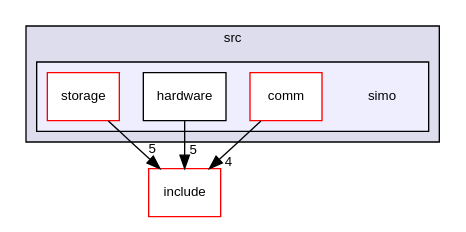
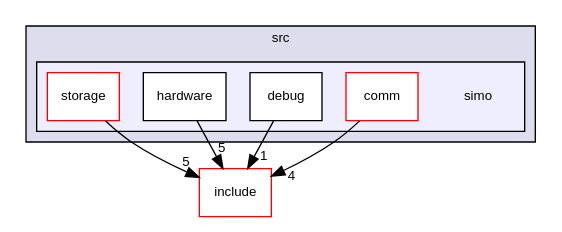
Before and after one commit to Germanvelardez2018/simo.v2: the diagram in docs/dir_c4acac0979fb7e09bcb67a660e699ac3_dep.dot, drawn with Graphviz. The commit also changed 149 other files, not shown here.

```diff
--- a/docs/dir_c4acac0979fb7e09bcb67a660e699ac3_dep.dot
+++ b/docs/dir_c4acac0979fb7e09bcb67a660e699ac3_dep.dot
@@ -1,19 +1,21 @@
 digraph "core/src/simo" {
   compound=true
   node [ fontsize="10", fontname="Helvetica"];
   edge [ labelfontsize="10", labelfontname="Helvetica"];
   subgraph clusterdir_90fd98a0ba30abf7a6068a44995d2d6b {
     graph [ bgcolor="#ddddee", pencolor="black", label="src" fontname="Helvetica", fontsize="10", URL="dir_90fd98a0ba30abf7a6068a44995d2d6b.html"]
   subgraph clusterdir_c4acac0979fb7e09bcb67a660e699ac3 {
     graph [ bgcolor="#eeeeff", pencolor="black", label="" URL="dir_c4acac0979fb7e09bcb67a660e699ac3.html"];
     dir_c4acac0979fb7e09bcb67a660e699ac3 [shape=plaintext label="simo"];
     dir_6fa789263611014976c50996af3517c5 [shape=box label="comm" color="red" fillcolor="white" style="filled" URL="dir_6fa789263611014976c50996af3517c5.html"];
+    dir_1214f108a158601785dad9b171a6a316 [shape=box label="debug" color="black" fillcolor="white" style="filled" URL="dir_1214f108a158601785dad9b171a6a316.html"];
     dir_6d88a1801a5915da0665f21e766a543a [shape=box label="hardware" color="black" fillcolor="white" style="filled" URL="dir_6d88a1801a5915da0665f21e766a543a.html"];
     dir_2c8bc93ff3a5e0101bc097bb9a4d49bf [shape=box label="storage" color="red" fillcolor="white" style="filled" URL="dir_2c8bc93ff3a5e0101bc097bb9a4d49bf.html"];
   }
   }
   dir_24d671cfcbc5d5238a6bd565a49d198f [shape=box label="include" fillcolor="white" style="filled" color="red" URL="dir_24d671cfcbc5d5238a6bd565a49d198f.html"];
-  dir_6fa789263611014976c50996af3517c5->dir_24d671cfcbc5d5238a6bd565a49d198f [headlabel="4", labeldistance=1.5 headhref="dir_000010_000001.html"];
-  dir_2c8bc93ff3a5e0101bc097bb9a4d49bf->dir_24d671cfcbc5d5238a6bd565a49d198f [headlabel="5", labeldistance=1.5 headhref="dir_000013_000001.html"];
-  dir_6d88a1801a5915da0665f21e766a543a->dir_24d671cfcbc5d5238a6bd565a49d198f [headlabel="5", labeldistance=1.5 headhref="dir_000012_000001.html"];
+  dir_1214f108a158601785dad9b171a6a316->dir_24d671cfcbc5d5238a6bd565a49d198f [headlabel="1", labeldistance=1.5 headhref="dir_000013_000001.html"];
+  dir_6fa789263611014976c50996af3517c5->dir_24d671cfcbc5d5238a6bd565a49d198f [headlabel="4", labeldistance=1.5 headhref="dir_000011_000001.html"];
+  dir_2c8bc93ff3a5e0101bc097bb9a4d49bf->dir_24d671cfcbc5d5238a6bd565a49d198f [headlabel="5", labeldistance=1.5 headhref="dir_000015_000001.html"];
+  dir_6d88a1801a5915da0665f21e766a543a->dir_24d671cfcbc5d5238a6bd565a49d198f [headlabel="5", labeldistance=1.5 headhref="dir_000014_000001.html"];
 }
```
